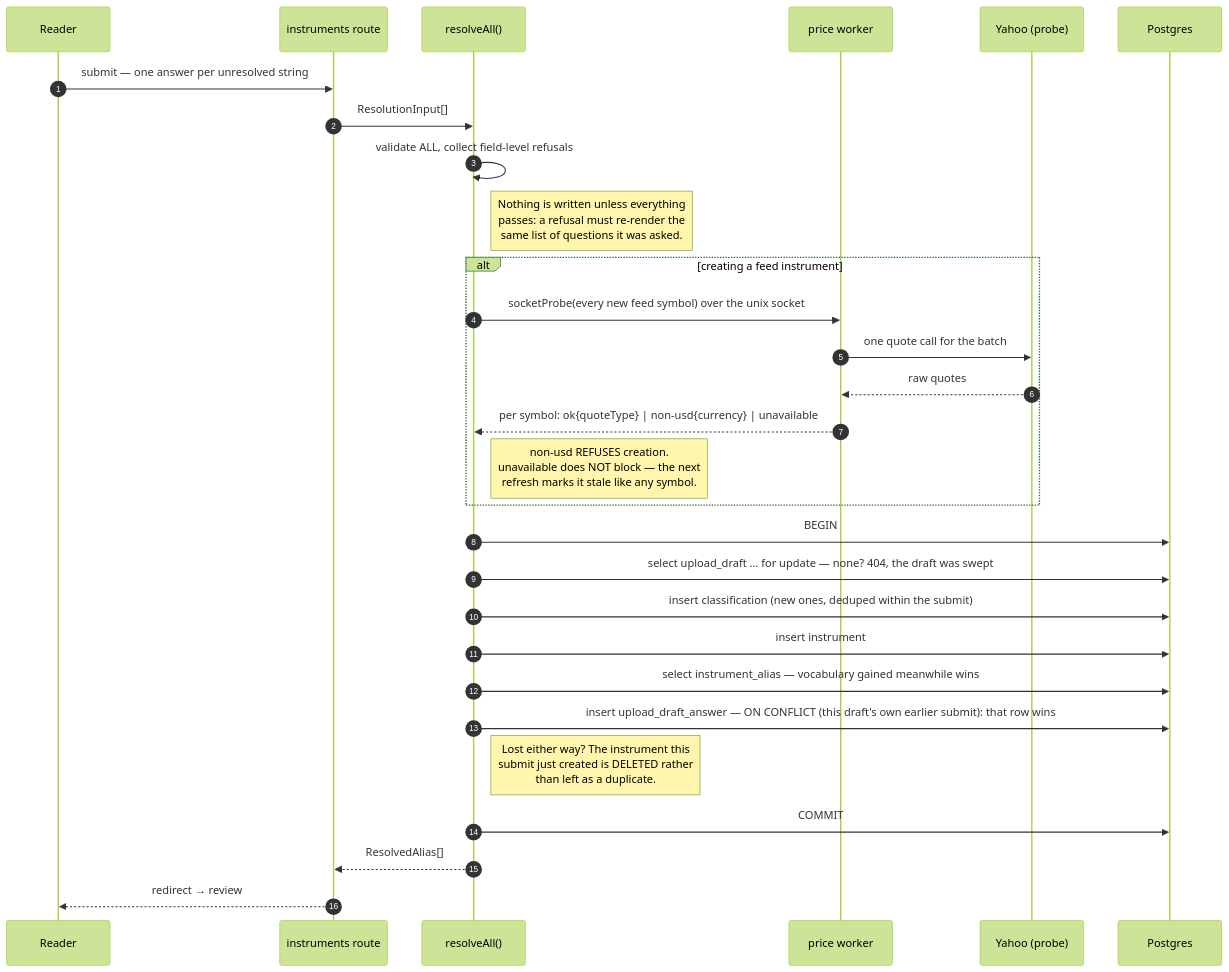
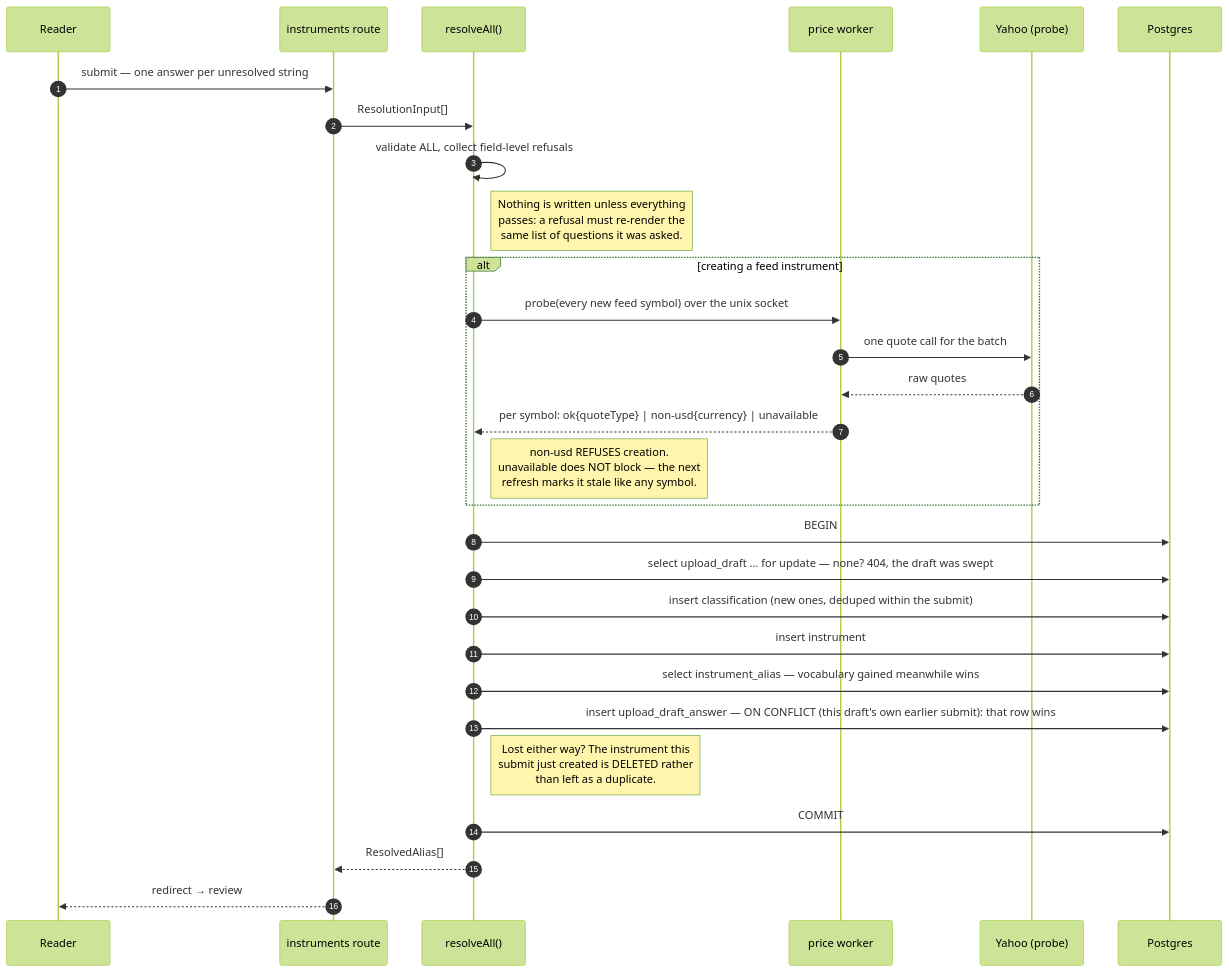
Before and after one commit to chethan123/portfolio: the eighth of 11 diagrams in ARCHITECTURE.md, drawn with Mermaid (forest theme). The commit also changed other lines of this file and 25 other files, not shown here.

````diff
--- a/ARCHITECTURE.md
+++ b/ARCHITECTURE.md
@@ -1173,32 +1174,32 @@
 ```mermaid
 sequenceDiagram
     autonumber
     participant U as Reader
     participant R as instruments route
     participant IR as resolveAll()
     participant W as price worker
     participant Y as Yahoo (probe)
     participant PG as Postgres
 
     U->>R: submit — one answer per unresolved string
     R->>IR: ResolutionInput[]
     IR->>IR: validate ALL, collect field-level refusals
     Note right of IR: Nothing is written unless everything<br/>passes: a refusal must re-render the<br/>same list of questions it was asked.
     alt creating a feed instrument
-        IR->>W: socketProbe(every new feed symbol) over the unix socket
+        IR->>W: probe(every new feed symbol) over the unix socket
         W->>Y: one quote call for the batch
         Y-->>W: raw quotes
         W-->>IR: per symbol: ok{quoteType} | non-usd{currency} | unavailable
         Note right of IR: non-usd REFUSES creation.<br/>unavailable does NOT block — the next<br/>refresh marks it stale like any symbol.
     end
     IR->>PG: BEGIN
     IR->>PG: select upload_draft … for update — none? 404, the draft was swept
     IR->>PG: insert classification (new ones, deduped within the submit)
     IR->>PG: insert instrument
     IR->>PG: select instrument_alias — vocabulary gained meanwhile wins
     IR->>PG: insert upload_draft_answer — ON CONFLICT (this draft's own earlier submit): that row wins
     Note right of IR: Lost either way? The instrument this<br/>submit just created is DELETED rather<br/>than left as a duplicate.
     IR->>PG: COMMIT
     IR-->>R: ResolvedAlias[]
     R-->>U: redirect → review
 ```
````
